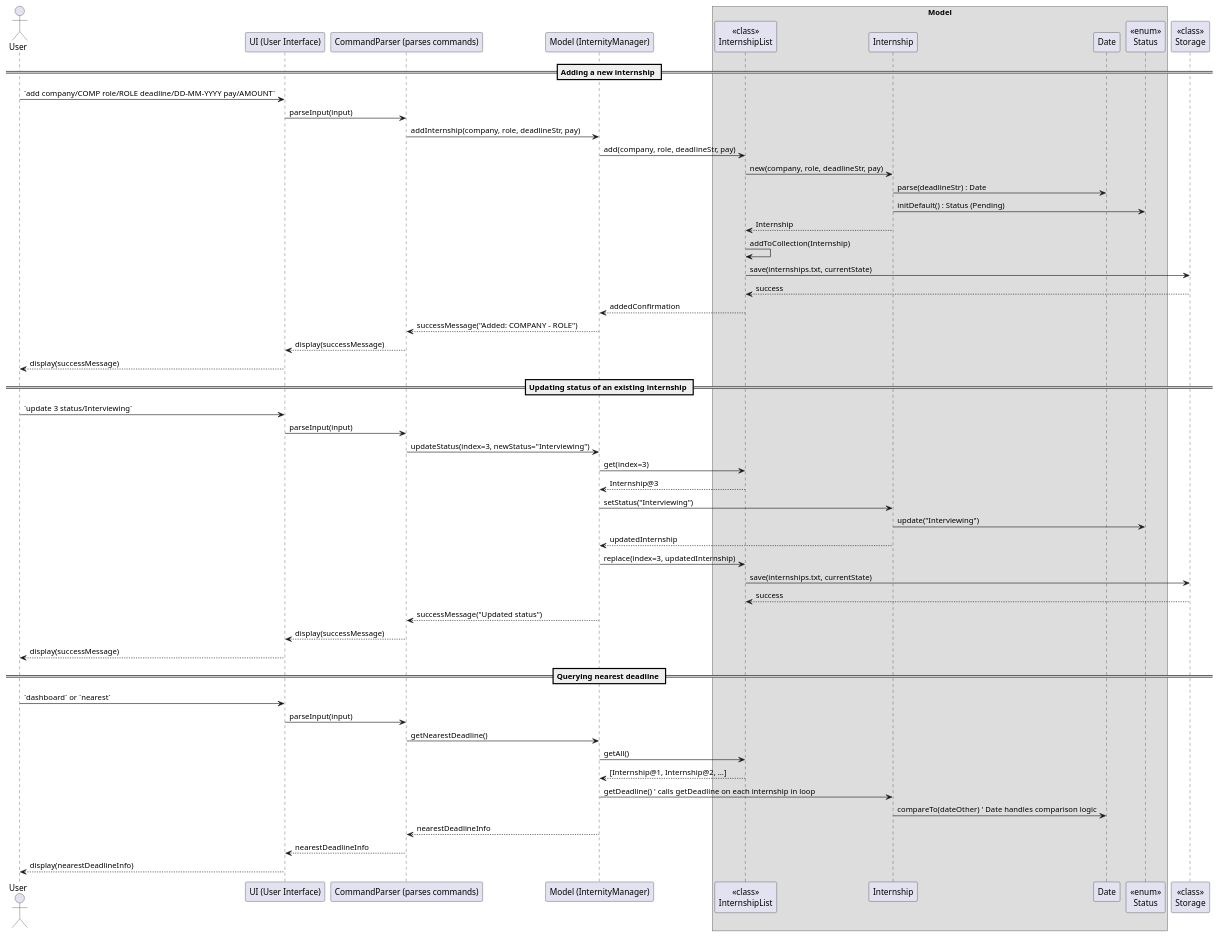
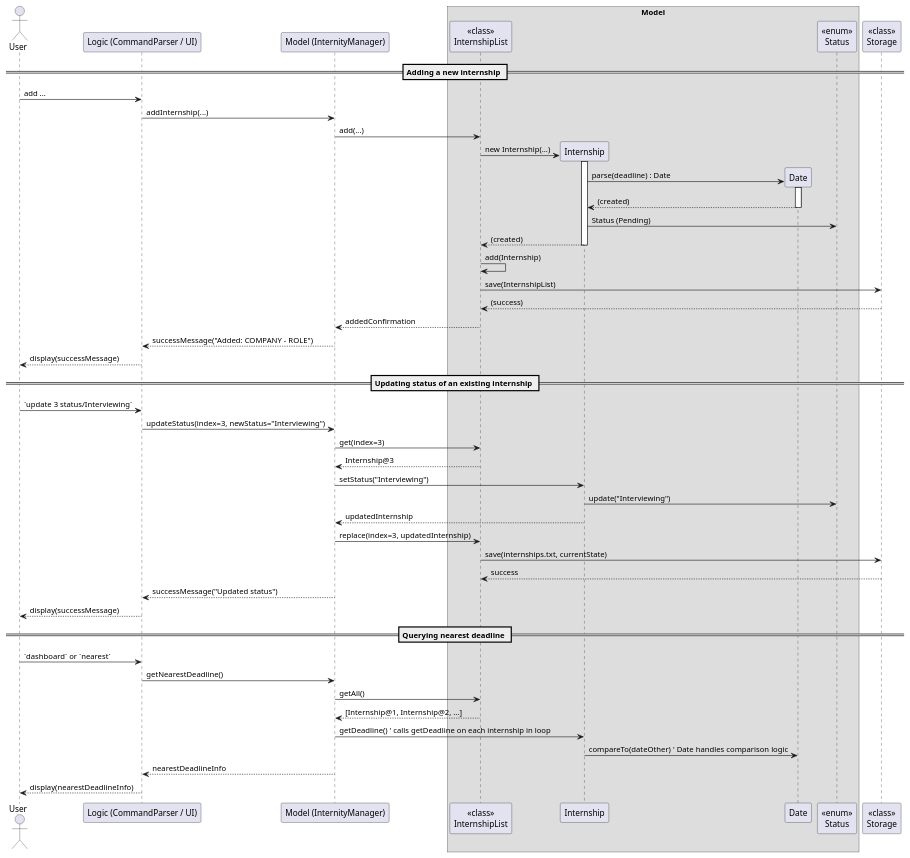
One commit to BenyAlbatross/tp changed the diagram in docs/diagrams/ModelComponentSD.puml. Above: the diagram before and after it, drawn with PlantUML. The commit also changed other lines of this file, not shown here.

Commit message:
update ModelComponentSD (unfinished) concerns after Line 41

```diff
--- a/docs/diagrams/ModelComponentSD.puml
+++ b/docs/diagrams/ModelComponentSD.puml
@@ -1,85 +1,79 @@
 @startuml
 ' Model Component Sequence Diagram
 ' Shows interactions between Logic, Model, InternshipList, Internship, Date and Status
 ' Additional abstract components: Logic (parses commands) and Storage (persists data)
 '
 actor User as "User"
-participant UI as "UI (User Interface)"
-participant CommandParser as "CommandParser (parses commands)"
+participant Logic as "Logic (CommandParser / UI)"
 participant Model as "Model (InternityManager)"
 
 box Model
 participant InternshipList as "<<class>>\nInternshipList"
 participant Internship as "Internship"
 participant Date as "Date"
 participant Status as "<<enum>>\nStatus"
 endbox
 
 participant Storage as "<<class>>\nStorage"
 
 ' --- Scenario 1: Adding a new internship ---
 == Adding a new internship ==
-' User types an `add` command; UI receives user input and forwards to CommandParser, which hands off a semantic request to Model
-User -> UI: `add company/COMP role/ROLE deadline/DD-MM-YYYY pay/AMOUNT`
-UI -> CommandParser: parseInput(input)
-CommandParser -> Model: addInternship(company, role, deadlineStr, pay)
+' User types an `add` command; Logic parses and hands off a semantic request to Model
+User -> Logic: add ...
+Logic -> Model: addInternship(...)
 ' Model validates high-level constraints then delegates to the list component
-Model -> InternshipList: add(company, role, deadlineStr, pay)
+Model -> InternshipList: add(...)
 ' InternshipList constructs a new Internship object (calls constructor)
-InternshipList -> Internship: new(company, role, deadlineStr, pay)
+create Internship
+InternshipList -> Internship: new Internship(...)
+activate Internship
 ' Internship object parses and stores a Date and Status internally
-Internship -> Date: parse(deadlineStr) : Date
-Internship -> Status: initDefault() : Status (Pending)
+create Date
+Internship -> Date: parse(deadline) : Date
+activate Date
+Date --> Internship: (created)
+deactivate Date
+
+Internship -> Status: Status (Pending)
 ' Construction returns the Internship instance to InternshipList
-Internship --> InternshipList: Internship
+Internship --> InternshipList: (created)
+deactivate Internship
+
 ' InternshipList appends to internal collection
-InternshipList -> InternshipList: addToCollection(Internship)
+InternshipList -> InternshipList: add(Internship)
 ' After mutation, Model requests Storage to persist the updated list
-InternshipList -> Storage: save(internships.txt, currentState)
-Storage --> InternshipList: success
+InternshipList -> Storage: save(InternshipList)
+Storage --> InternshipList: (success)
 Model <-- InternshipList: addedConfirmation
-CommandParser <-- Model: successMessage("Added: COMPANY - ROLE")
-UI <-- CommandParser: display(successMessage)
-User <-- UI: display(successMessage)
+Logic <-- Model: successMessage("Added: COMPANY - ROLE")
+User <-- Logic: display(successMessage)
 
 ' --- Scenario 2: Updating status of an existing internship ---
 == Updating status of an existing internship ==
-User -> UI: `update 3 status/Interviewing`
-UI -> CommandParser: parseInput(input)
-CommandParser -> Model: updateStatus(index=3, newStatus="Interviewing")
+User -> Logic: `update 3 status/Interviewing`
+Logic -> Model: updateStatus(index=3, newStatus="Interviewing")
 Model -> InternshipList: get(index=3)
 InternshipList --> Model: Internship@3
 Model -> Internship: setStatus("Interviewing")
 Internship -> Status: update("Interviewing")
 Internship --> Model: updatedInternship
 Model -> InternshipList: replace(index=3, updatedInternship)
 ' Persist change
 InternshipList -> Storage: save(internships.txt, currentState)
 Storage --> InternshipList: success
-CommandParser <-- Model: successMessage("Updated status")
-UI <-- CommandParser: display(successMessage)
-UI --> User: display(successMessage)
+Model --> Logic: successMessage("Updated status")
+Logic --> User: display(successMessage)
 
 ' --- Scenario 3: Querying nearest deadline ---
 == Querying nearest deadline ==
-User -> UI: `dashboard` or `nearest`
-UI -> CommandParser: parseInput(input)
-CommandParser -> Model: getNearestDeadline()
+User -> Logic: `dashboard` or `nearest`
+Logic -> Model: getNearestDeadline()
 Model -> InternshipList: getAll()
 InternshipList --> Model: [Internship@1, Internship@2, ...]
 Model -> Internship: getDeadline() ' calls getDeadline on each internship in loop
 Internship -> Date: compareTo(dateOther) ' Date handles comparison logic
 ' Model computes nearest and returns formatted result
-CommandParser <-- Model: nearestDeadlineInfo
-UI <-- CommandParser: nearestDeadlineInfo
-UI --> User: display(nearestDeadlineInfo)
-
-' Notes:
-' - `Date` here represents the model class responsible for parsing, storing and comparing deadline values.
-' - `Status` is modelled as a small value object or enum wrapper that enforces valid status values.
-' - `UI` is the user-facing component responsible for I/O and forwarding raw input to `CommandParser`.
-' - `CommandParser` is responsible for parsing raw input into semantic requests (commands) and interacting with `Model`.
-' - `Storage` is shown as an abstract persistence component (file or DB). Model / InternshipList calls it after any persistent mutation.
-' - All persistence (save) calls are intentional points where data is written to disk; startup load would be the reverse interaction (Storage -> Model -> InternshipList).
+Model --> Logic: nearestDeadlineInfo
+Logic --> User: display(nearestDeadlineInfo)
 
 @enduml
```
